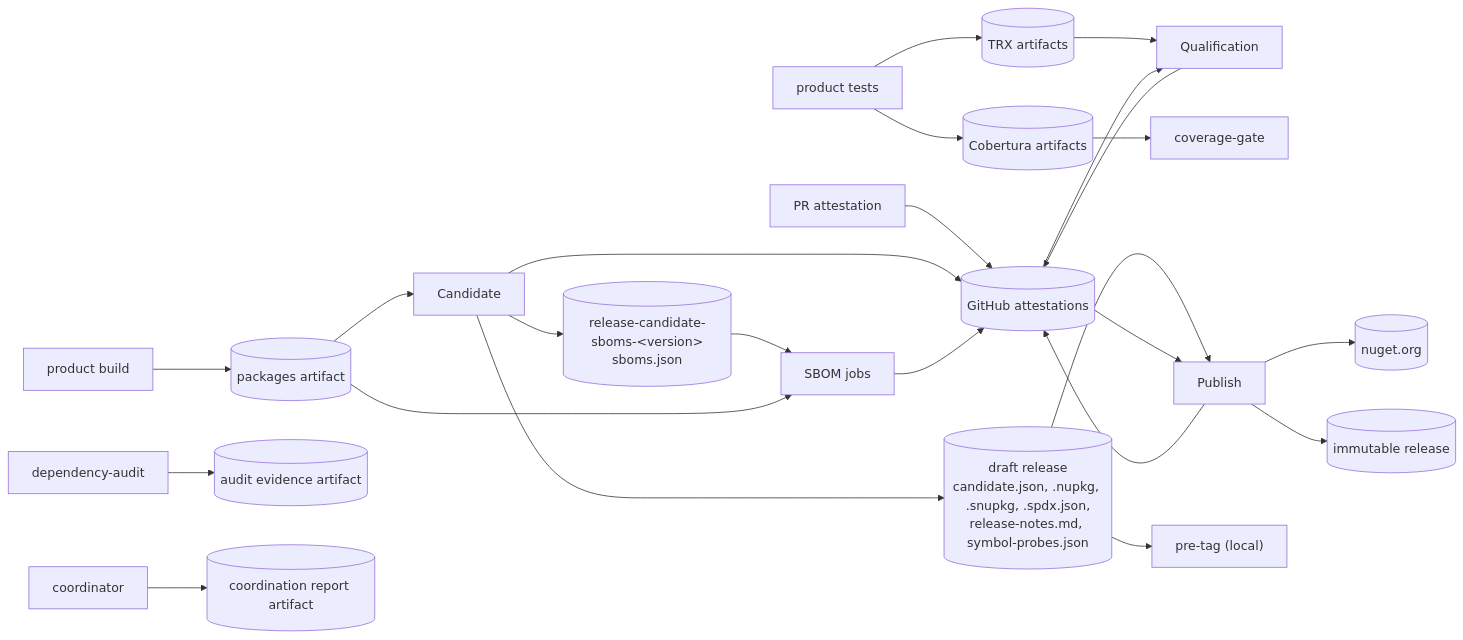
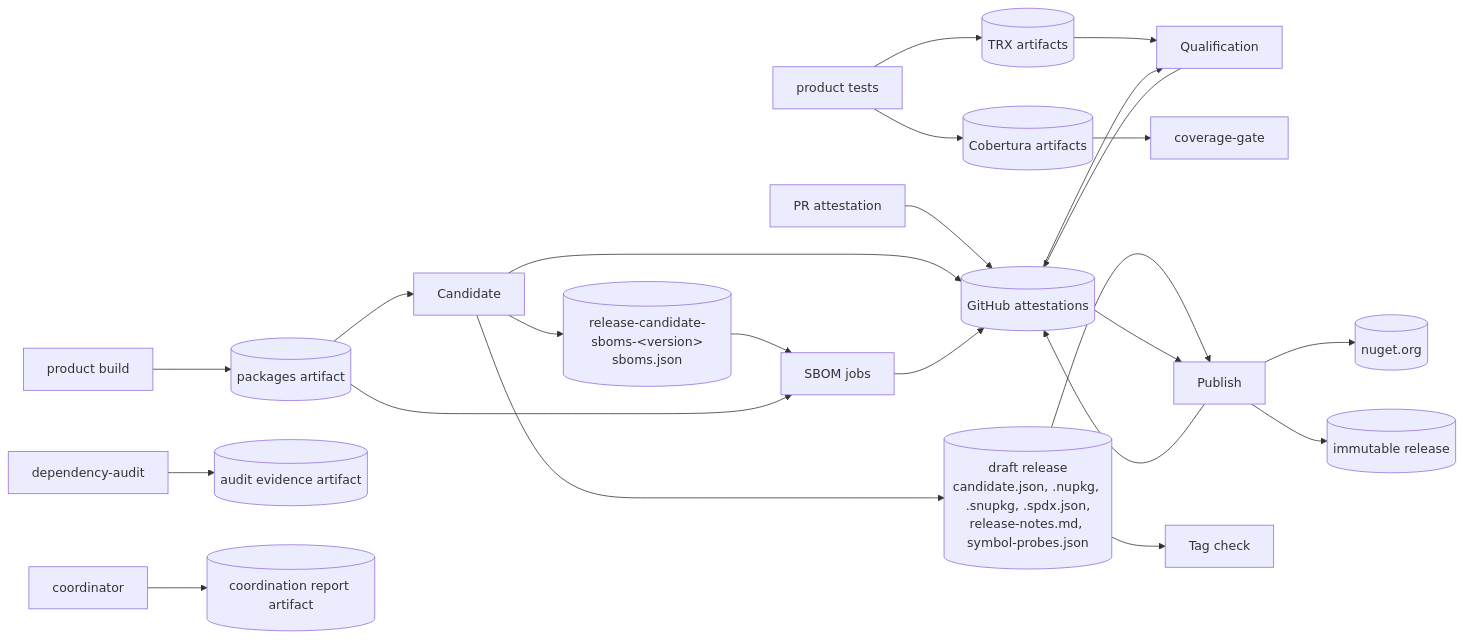
Diagram 14 of 19 in docs/overview.md (doka-labs/workflows), drawn with Mermaid before and after one commit. The commit also changed other lines of this file and 30 other files, not shown here.

````diff
--- a/docs/overview.md
+++ b/docs/overview.md
@@ -366,22 +368,22 @@
 ```mermaid
 flowchart LR
   build["product build"] --> pa[("packages artifact")] --> cand["Candidate"]
   tests["product tests"] --> trx[("TRX artifacts")] --> qual["Qualification"]
   tests --> cob[("Cobertura artifacts")] --> cov["coverage-gate"]
   cand --> sa[("release-candidate-sboms-&lt;version&gt;<br/>sboms.json")] --> sbom["SBOM jobs"]
   pa --> sbom
   cand --> draft[("draft release<br/>candidate.json, .nupkg, .snupkg, .spdx.json,<br/>release-notes.md, symbol-probes.json")]
   draft --> pub["Publish"]
-  draft --> pretag["pre-tag (local)"]
+  draft --> pretag["Tag check"]
   prat["PR attestation"] --> store[("GitHub attestations")]
   qual --> store
   cand --> store
   sbom --> store
   pub --> store
   store --> qual
   store --> pub
   pub --> nuget[("nuget.org")]
   pub --> release[("immutable release")]
   audit["dependency-audit"] --> ev[("audit evidence artifact")]
   coord["coordinator"] --> rep[("coordination report artifact")]
 ```
````
